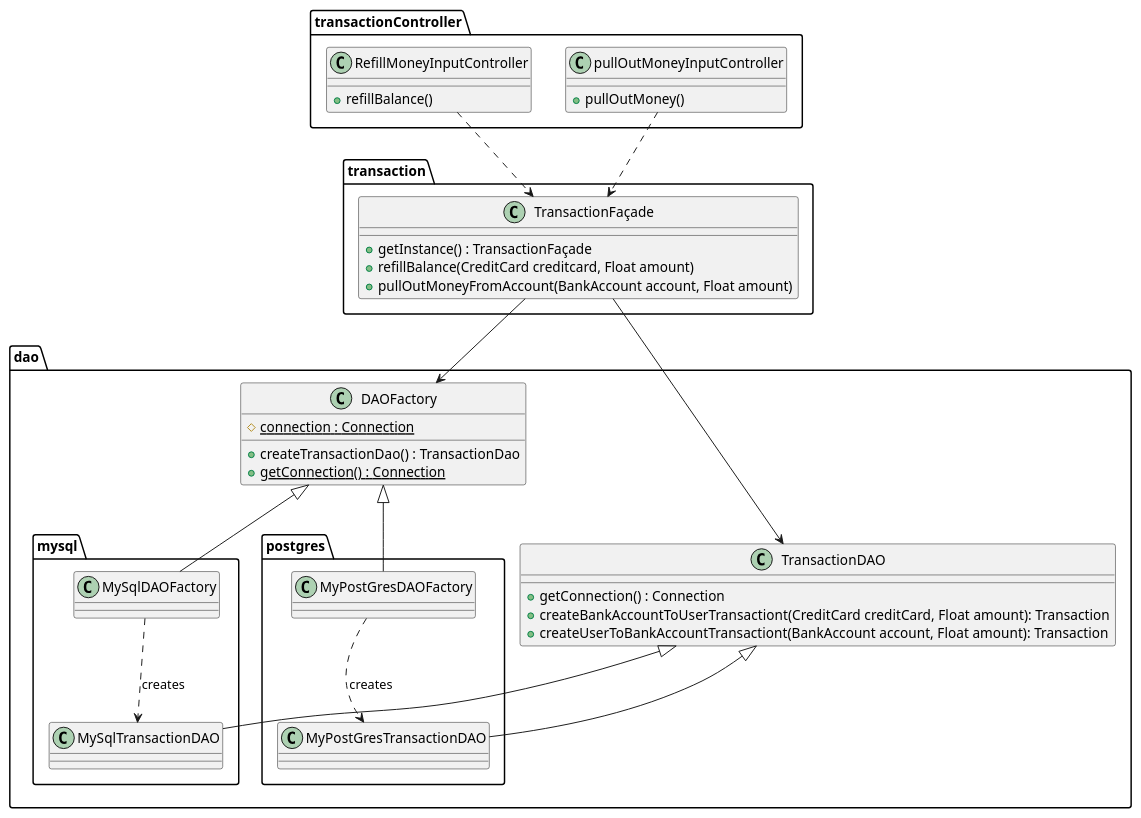
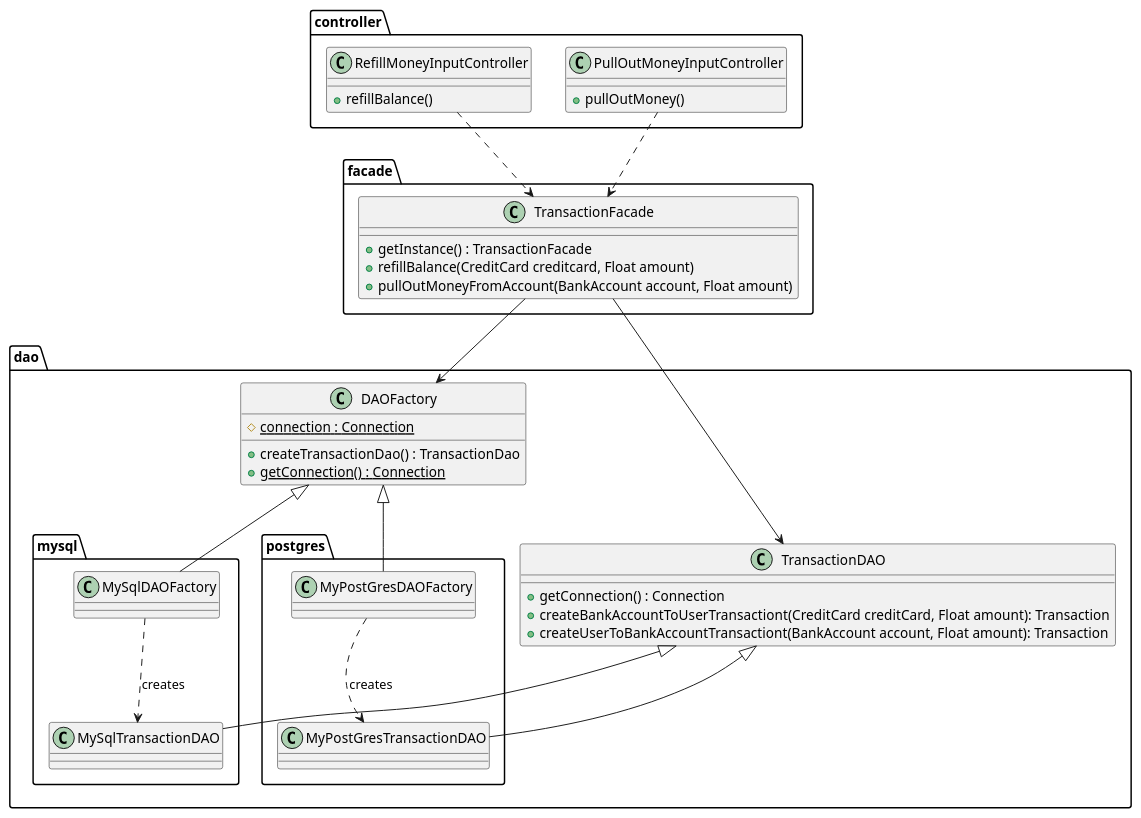
Before and after one commit to Julien-Wiegandt/SplitPay: the diagram in documentation/software_design/manage_balance/manage_balance_class_diagram.puml, drawn with PlantUML. The commit also changed 6 other files, not shown here.

Commit message:
Added manage balance sequence diagrams

```diff
--- a/documentation/software_design/manage_balance/manage_balance_class_diagram.puml
+++ b/documentation/software_design/manage_balance/manage_balance_class_diagram.puml
@@ -1,64 +1,64 @@
 @startuml manage_balance
 
-package transactionController <<Folder>> {
+package controller <<Folder>> {
   
   class RefillMoneyInputController{
     +refillBalance()
   }
-  class pullOutMoneyInputController{
+  class PullOutMoneyInputController{
     +pullOutMoney()
   }
 }
 
-package transaction <<Folder>> {
-  class TransactionFaçade {
-    +getInstance() : TransactionFaçade
+package facade <<Folder>> {
+  class TransactionFacade {
+    +getInstance() : TransactionFacade
     +refillBalance(CreditCard creditcard, Float amount)
     +pullOutMoneyFromAccount(BankAccount account, Float amount)
   }
   
 }
 
 package dao <<Folder>> {
 
   class DAOFactory {
     #{static}connection : Connection
     +createTransactionDao() : TransactionDao
     +{static}getConnection() : Connection
   }
 
   package mysql <<Folder>> {
     class MySqlDAOFactory {}
     class MySqlTransactionDAO {}
     
     MySqlDAOFactory .down.> MySqlTransactionDAO : creates
   }
   
   package postgres <<Folder>> {
     class MyPostGresDAOFactory {}
     class MyPostGresTransactionDAO {}
     
     MyPostGresDAOFactory .down.> MyPostGresTransactionDAO : creates
   }
   
   
   class TransactionDAO {
     +getConnection() : Connection
     +createBankAccountToUserTransactiont(CreditCard creditCard, Float amount): Transaction
     +createUserToBankAccountTransactiont(BankAccount account, Float amount): Transaction
   }
 
   DAOFactory <|-- MySqlDAOFactory
   DAOFactory <|-- MyPostGresDAOFactory    
   TransactionDAO <|-- MyPostGresTransactionDAO
   TransactionDAO <|-- MySqlTransactionDAO
 
 }
 
-RefillMoneyInputController .down.> TransactionFaçade
-pullOutMoneyInputController .down.> TransactionFaçade
+RefillMoneyInputController .down.> TransactionFacade
+PullOutMoneyInputController .down.> TransactionFacade
 
-TransactionFaçade -down-> DAOFactory
-TransactionFaçade -down-> TransactionDAO
+TransactionFacade -down-> DAOFactory
+TransactionFacade -down-> TransactionDAO
 
 @enduml
```
